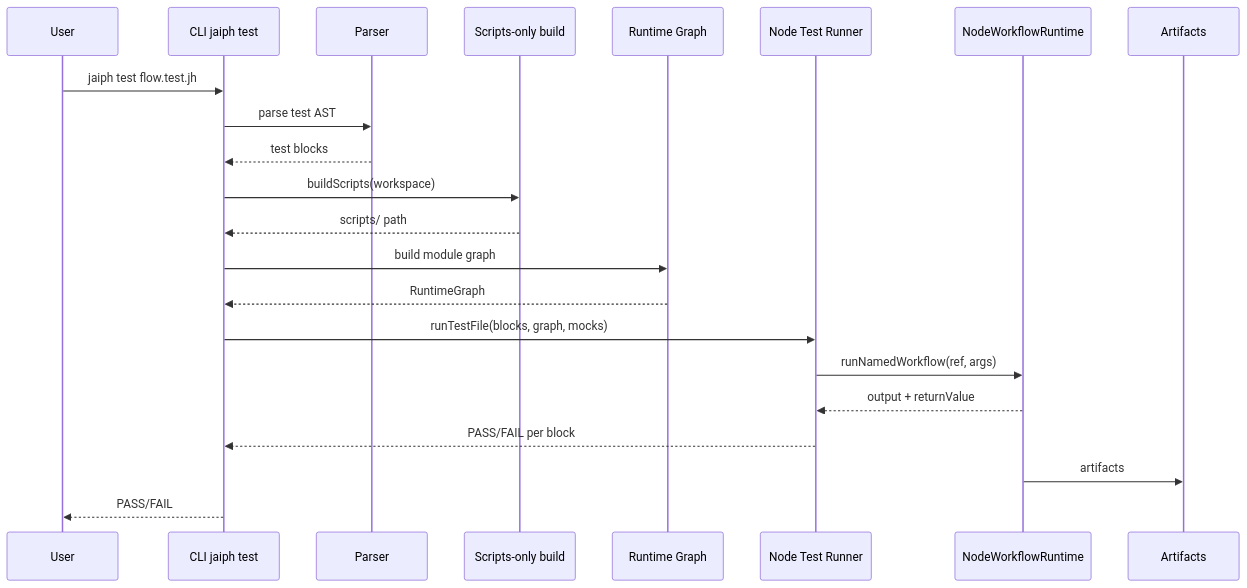
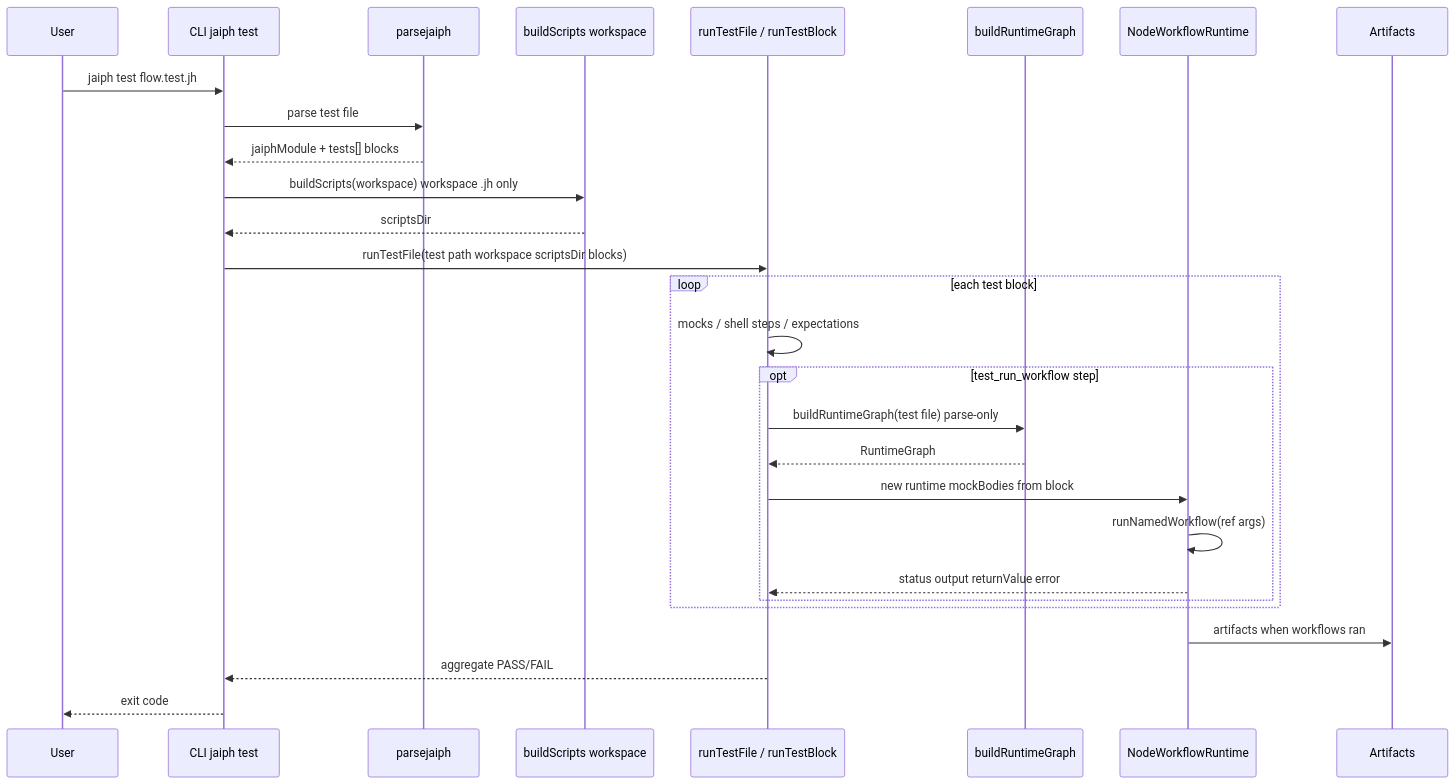
The third of 3 diagrams in ARCHITECTURE.md (jaiphlang/jaiph), drawn with Mermaid before and after one commit. The commit also changed other lines of this file and 6 other files, not shown here.

First line of the commit message:
Feat: Implement full inbox dispatch in Node workflow runtime

````diff
--- a/ARCHITECTURE.md
+++ b/ARCHITECTURE.md
@@ -169,25 +185,31 @@
 ```mermaid
 sequenceDiagram
     participant User
     participant CLI as CLI jaiph test
-    participant Parser as Parser
-    participant Prep as Scripts-only build
-    participant Graph as Runtime Graph
-    participant TestRunner as Node Test Runner
+    participant Parser as parsejaiph
+    participant Prep as buildScripts workspace
+    participant TestRunner as runTestFile / runTestBlock
+    participant Graph as buildRuntimeGraph
     participant Runtime as NodeWorkflowRuntime
     participant Report as Artifacts
 
     User->>CLI: jaiph test flow.test.jh
-    CLI->>Parser: parse test AST
-    Parser-->>CLI: test blocks
-    CLI->>Prep: buildScripts(workspace)
-    Prep-->>CLI: scripts/ path
-    CLI->>Graph: build module graph
-    Graph-->>CLI: RuntimeGraph
-    CLI->>TestRunner: runTestFile(blocks, graph, mocks)
-    TestRunner->>Runtime: runNamedWorkflow(ref, args)
-    Runtime-->>TestRunner: output + returnValue
-    TestRunner-->>CLI: PASS/FAIL per block
-    Runtime->>Report: artifacts
-    CLI-->>User: PASS/FAIL
+    CLI->>Parser: parse test file
+    Parser-->>CLI: jaiphModule + tests[] blocks
+    CLI->>Prep: buildScripts(workspace) workspace .jh only
+    Prep-->>CLI: scriptsDir
+    CLI->>TestRunner: runTestFile(test path workspace scriptsDir blocks)
+    loop each test block
+        TestRunner->>TestRunner: mocks / shell steps / expectations
+        opt test_run_workflow step
+            TestRunner->>Graph: buildRuntimeGraph(test file) parse-only
+            Graph-->>TestRunner: RuntimeGraph
+            TestRunner->>Runtime: new runtime mockBodies from block
+            Runtime->>Runtime: runNamedWorkflow(ref args)
+            Runtime-->>TestRunner: status output returnValue error
+        end
+    end
+    Runtime->>Report: artifacts when workflows ran
+    TestRunner-->>CLI: aggregate PASS/FAIL
+    CLI-->>User: exit code
 ```
````
